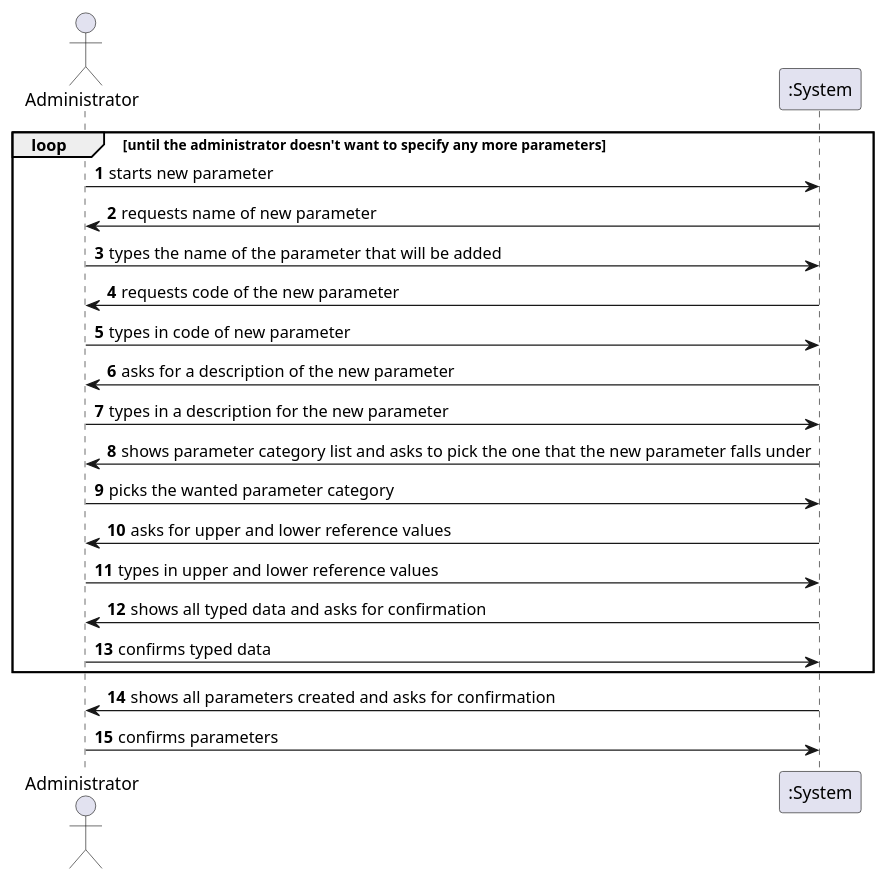
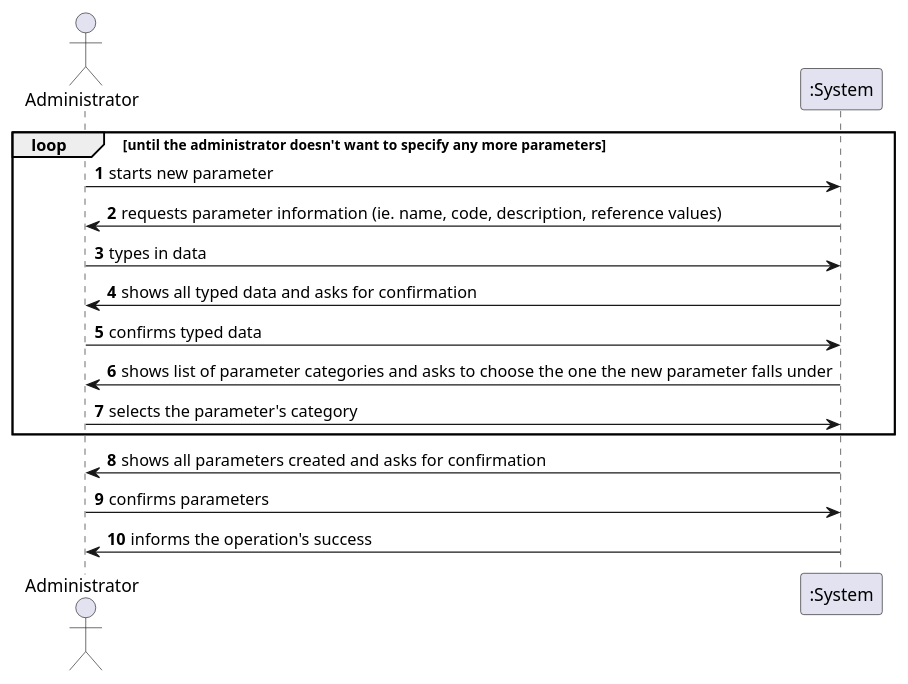
The diagram in docs/SprintB/US10/US10_SSD.puml (MadDinosaur/ISEP-LAPR2), drawn with PlantUML before and after one commit. The commit also changed 4 other files, not shown here.

```diff
--- a/docs/SprintB/US10/US10_SSD.puml
+++ b/docs/SprintB/US10/US10_SSD.puml
@@ -1,25 +1,20 @@
 @startuml
 
 autonumber
 
 actor Administrator
 
 loop until the administrator doesn't want to specify any more parameters
 Administrator -> ":System": starts new parameter
-":System" -> Administrator: requests name of new parameter
-Administrator -> ":System": types the name of the parameter that will be added
-":System" -> Administrator: requests code of the new parameter
-Administrator -> ":System": types in code of new parameter
-":System" -> Administrator: asks for a description of the new parameter
-Administrator -> ":System": types in a description for the new parameter
-":System" -> Administrator: shows parameter category list and asks to pick the one that the new parameter falls under
-Administrator -> ":System": picks the wanted parameter category
-":System" -> Administrator: asks for upper and lower reference values
-Administrator -> ":System": types in upper and lower reference values
+":System" -> Administrator: requests parameter information (ie. name, code, description, reference values)
+Administrator -> ":System": types in data
 ":System" -> Administrator: shows all typed data and asks for confirmation
 Administrator -> ":System": confirms typed data
+":System" -> Administrator: shows list of parameter categories and asks to choose the one the new parameter falls under
+Administrator -> ":System": selects the parameter's category
 end loop
 ":System" -> Administrator: shows all parameters created and asks for confirmation
 Administrator -> ":System": confirms parameters
+":System" -> Administrator: informs the operation's success
 
 @enduml
```
